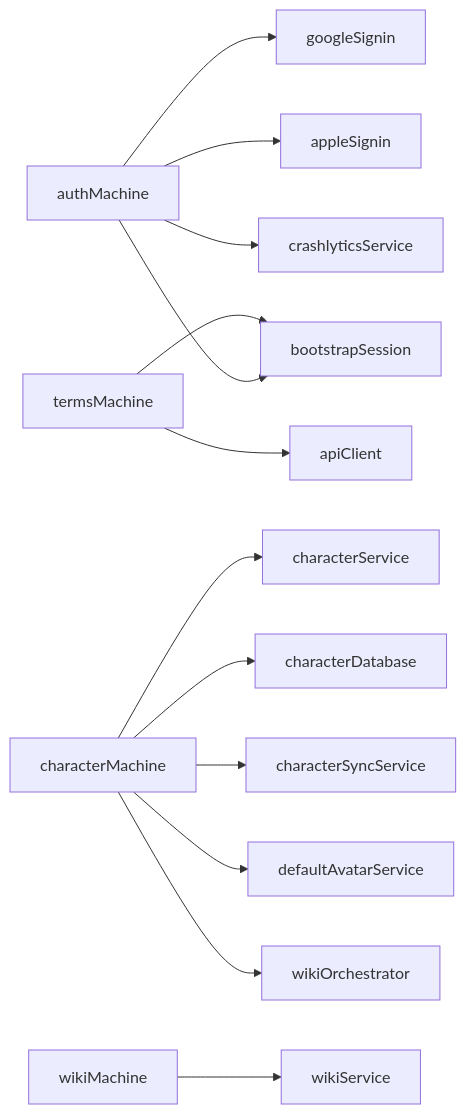
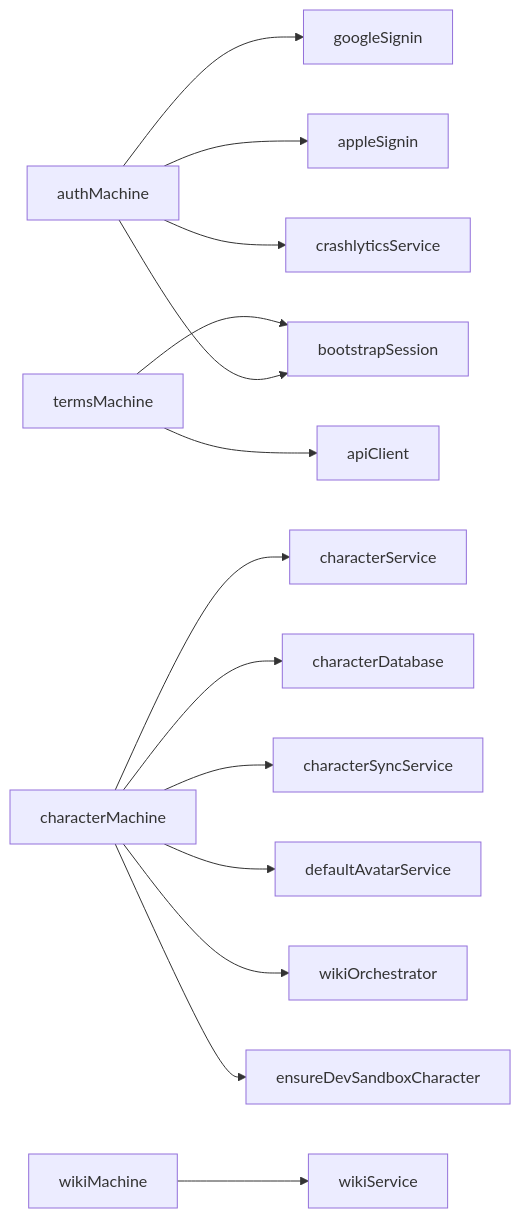
The diagram in docs/flowcharts/MACHINES.md (equationalapplications/clanker), drawn with Mermaid before and after one commit. The commit also changed 3 other files, not shown here.

Commit message:
docs(flowcharts): regenerate dependency charts after dev-sandbox changes

````diff
--- a/docs/flowcharts/MACHINES.md
+++ b/docs/flowcharts/MACHINES.md
@@ -4,15 +4,16 @@
 ```mermaid
 graph LR
   authMachine --> googleSignin
   authMachine --> appleSignin
   authMachine --> bootstrapSession
   authMachine --> crashlyticsService
   characterMachine --> characterService
   characterMachine --> characterDatabase
   characterMachine --> characterSyncService
   characterMachine --> defaultAvatarService
   characterMachine --> wikiOrchestrator
+  characterMachine --> ensureDevSandboxCharacter
   termsMachine --> apiClient
   termsMachine --> bootstrapSession
   wikiMachine --> wikiService
 ```
````
